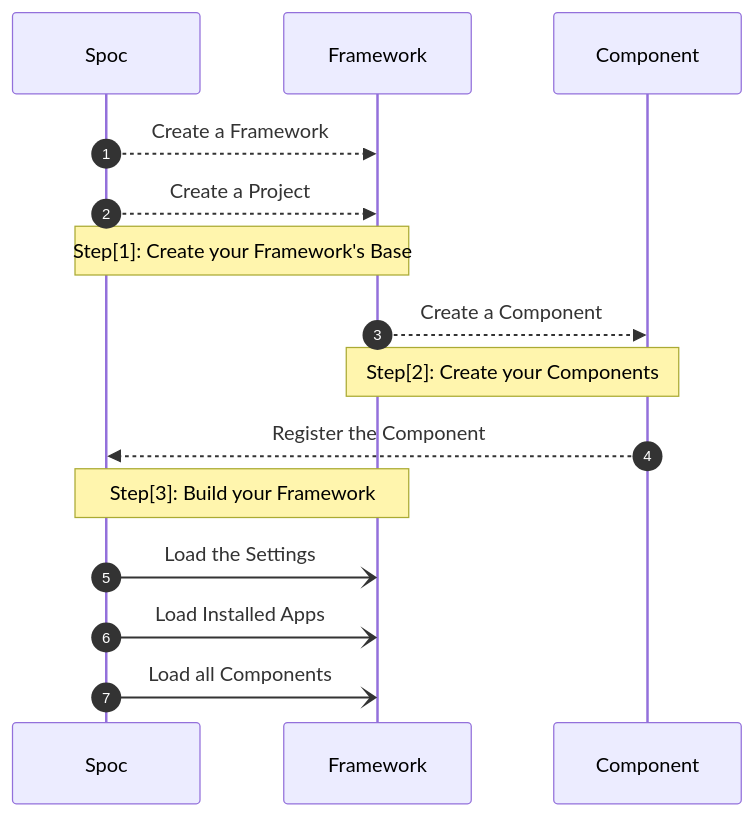
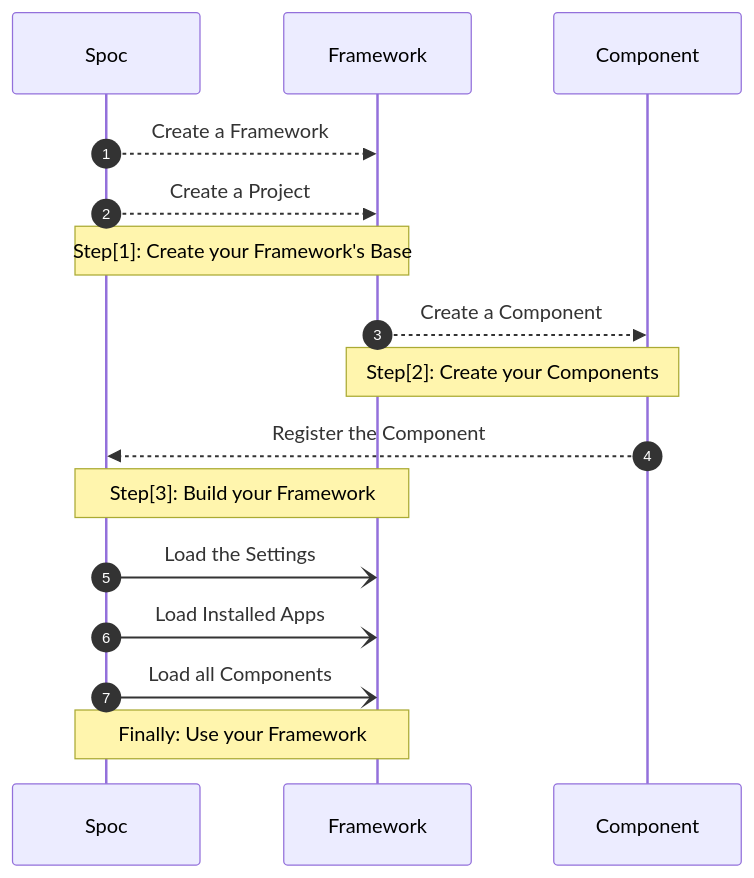
Before and after one commit to hlop3z/spoc: the first of 2 diagrams in docs/docs/index.md, drawn with Mermaid.

````diff
--- a/docs/docs/index.md
+++ b/docs/docs/index.md
@@ -21,14 +21,15 @@
 ```mermaid
 sequenceDiagram
 autonumber
     Spoc -->> Framework: Create a Framework
     Spoc -->> Framework: Create a Project
     Note over Spoc,Framework: Step[1]: Create your Framework's Base
     Framework -->> Component: Create a Component
     Note over Component,Framework: Step[2]: Create your Components
     Component -->> Spoc: Register the Component
     Note over Spoc,Framework: Step[3]: Build your Framework
     Spoc -) Framework: Load the Settings
     Spoc -) Framework: Load Installed Apps
     Spoc -) Framework: Load all Components
+    Note over Spoc,Framework: Finally: Use your Framework
 ```
````
